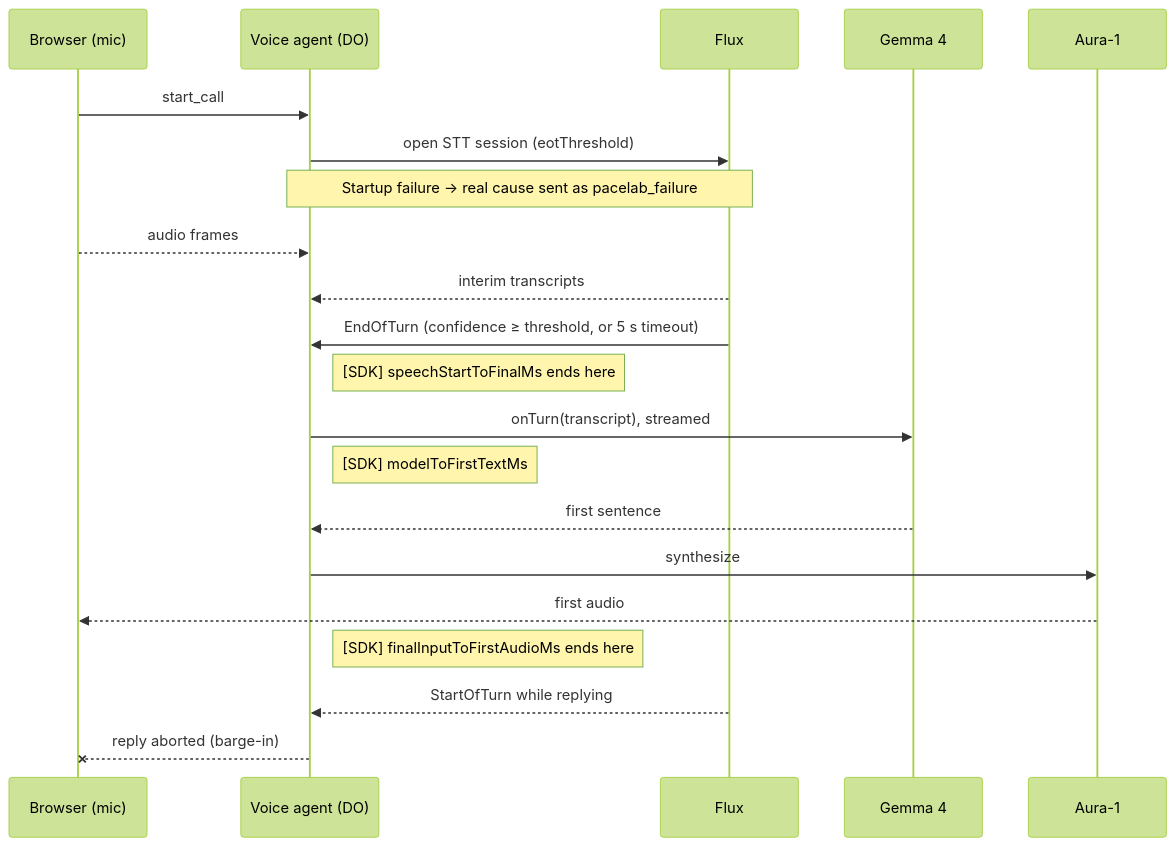
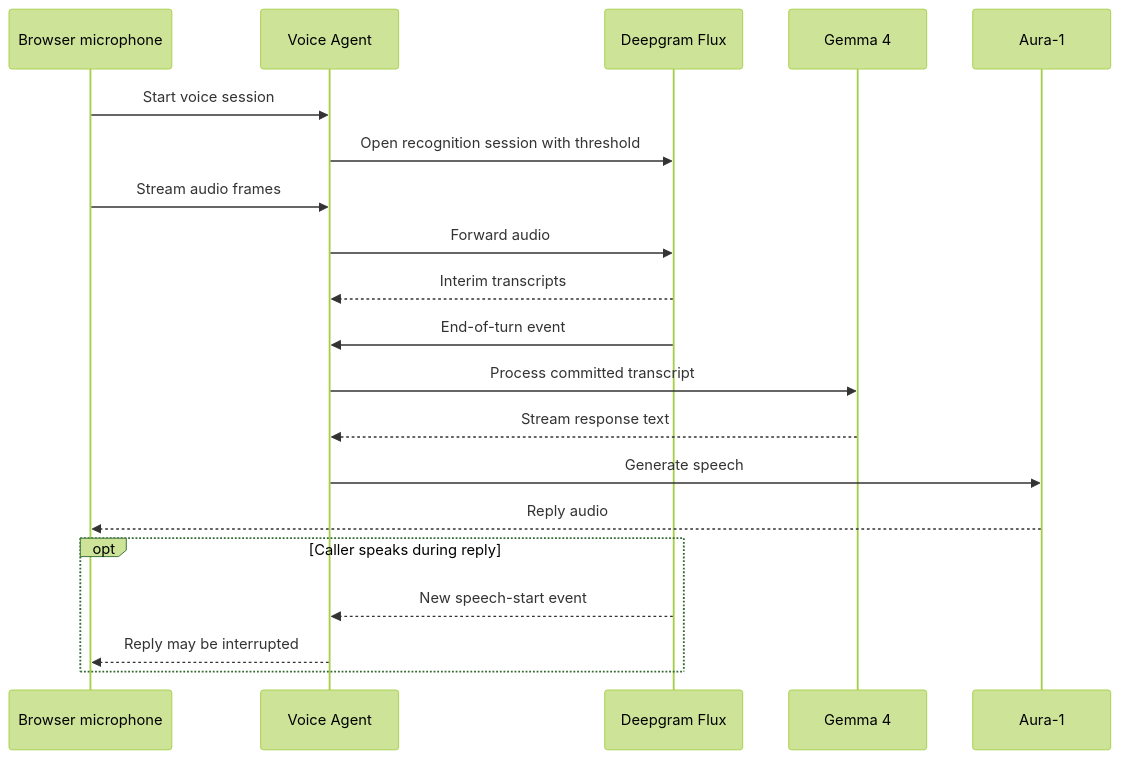
Before and after one commit to Dakshkumar24/pacelab: the second of 2 diagrams in README.md, drawn with Mermaid (forest theme). The commit also changed other lines of this file, not shown here.

````diff
--- a/README.md
+++ b/README.md
@@ -78,23 +258,24 @@
 ```mermaid
 sequenceDiagram
-  participant U as Browser (mic)
-  participant A as Voice agent (DO)
-  participant F as Flux
-  participant G as Gemma 4
-  participant T as Aura-1
-  U->>A: start_call
-  A->>F: open STT session (eotThreshold)
-  Note over A,F: Startup failure → real cause sent as pacelab_failure
-  U-->>A: audio frames
-  F-->>A: interim transcripts
-  F->>A: EndOfTurn (confidence ≥ threshold, or 5 s timeout)
-  Note right of A: [SDK] speechStartToFinalMs ends here
-  A->>G: onTurn(transcript), streamed
-  Note right of A: [SDK] modelToFirstTextMs
-  G-->>A: first sentence
-  A->>T: synthesize
-  T-->>U: first audio
-  Note right of A: [SDK] finalInputToFirstAudioMs ends here
-  F-->>A: StartOfTurn while replying
-  A--xU: reply aborted (barge-in)
+  participant User as Browser microphone
+  participant Agent as Voice Agent
+  participant Flux as Deepgram Flux
+  participant LLM as Gemma 4
+  participant TTS as Aura-1
+
+  User->>Agent: Start voice session
+  Agent->>Flux: Open recognition session with threshold
+  User->>Agent: Stream audio frames
+  Agent->>Flux: Forward audio
+  Flux-->>Agent: Interim transcripts
+  Flux->>Agent: End-of-turn event
+  Agent->>LLM: Process committed transcript
+  LLM-->>Agent: Stream response text
+  Agent->>TTS: Generate speech
+  TTS-->>User: Reply audio
+
+  opt Caller speaks during reply
+    Flux-->>Agent: New speech-start event
+    Agent-->>User: Reply may be interrupted
+  end
 ```
````
